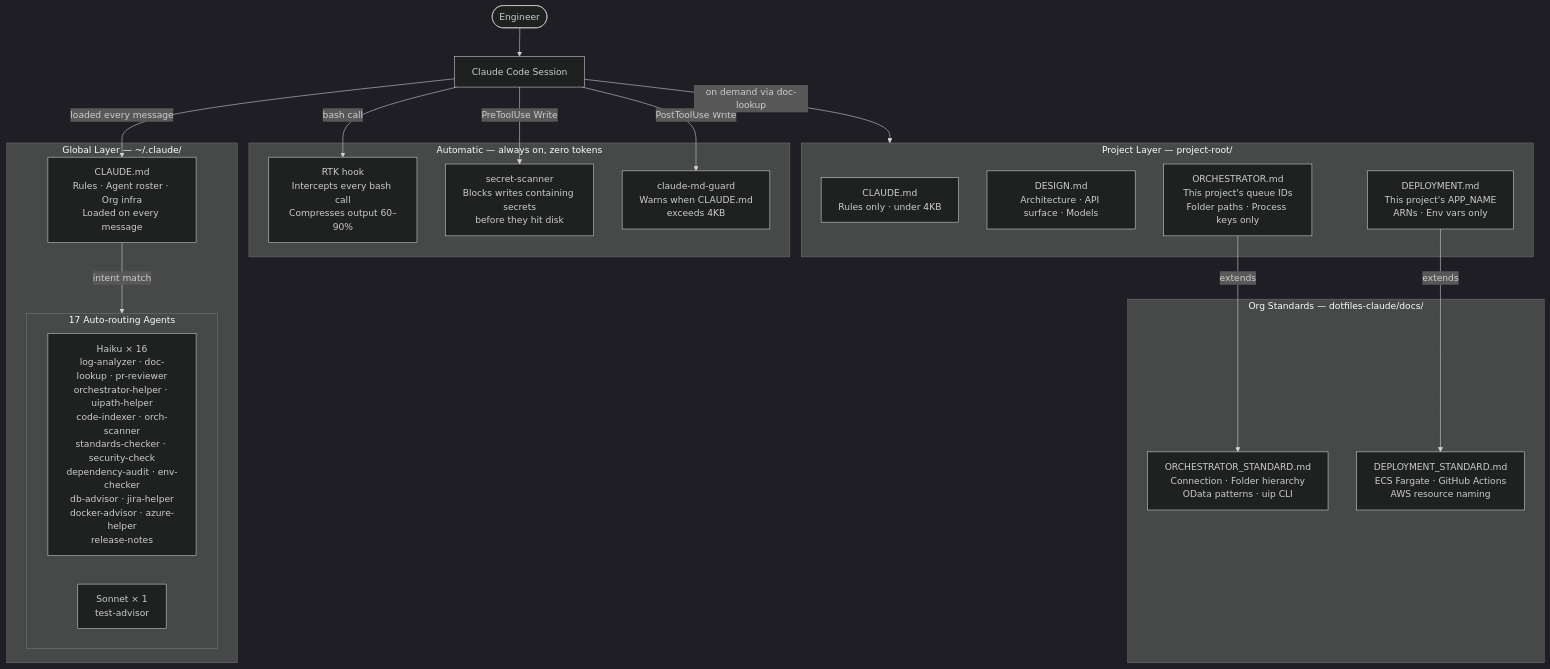
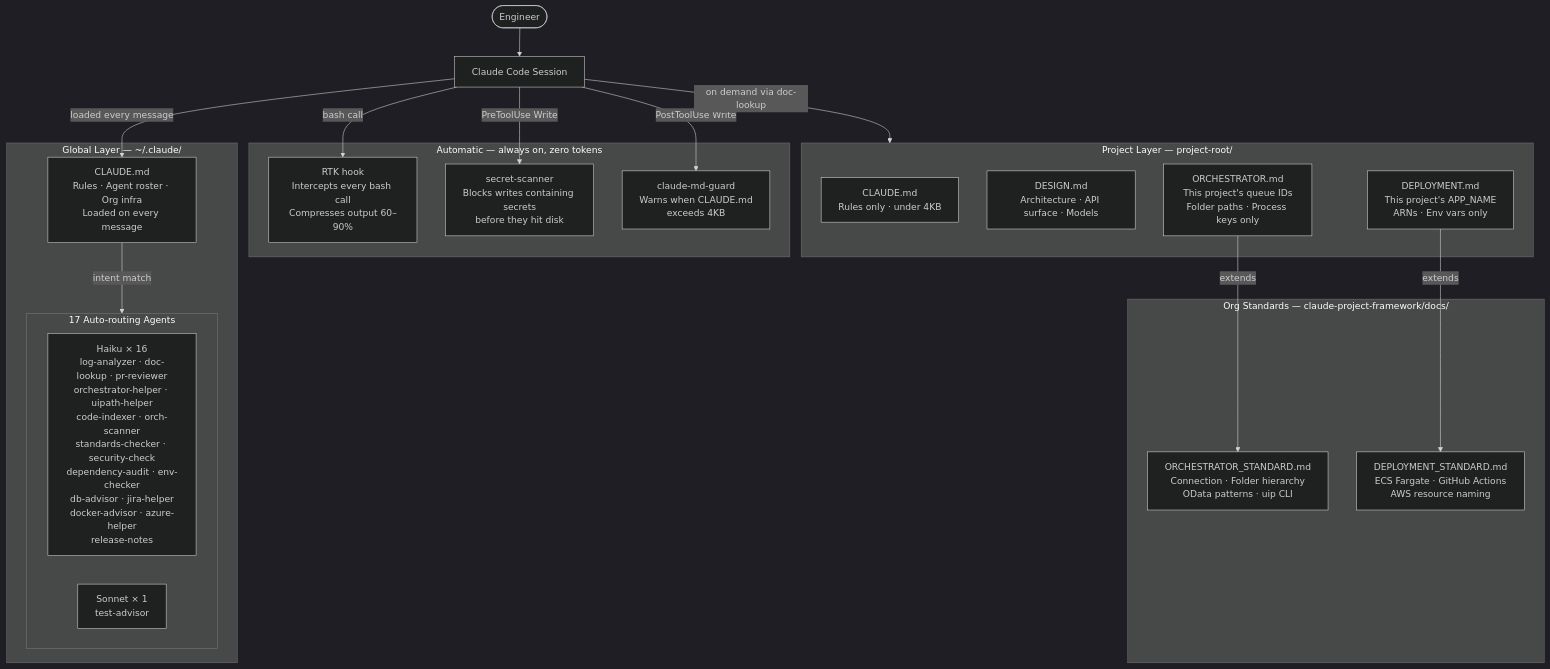
One commit to kakoritz/claude-project-framework changed the diagram in README.md. Above: the diagram before and after it, drawn with Mermaid (dark theme). The commit also changed 12 other files, not shown here.

First line of the commit message:
Rename: dotfiles-claude → claude-project-framework throughout

````diff
--- a/README.md
+++ b/README.md
@@ -13,39 +13,39 @@
 ```mermaid
 flowchart TD
     U([Engineer]) --> CC[Claude Code Session]
 
     subgraph AUTO["Automatic — always on, zero tokens"]
         RTK["RTK hook\nIntercepts every bash call\nCompresses output 60–90%"]
         SS["secret-scanner\nBlocks writes containing secrets\nbefore they hit disk"]
         MG["claude-md-guard\nWarns when CLAUDE.md\nexceeds 4KB"]
     end
 
     subgraph GLOBAL["Global Layer — ~/.claude/"]
         GCM["CLAUDE.md\nRules · Agent roster · Org infra\nLoaded on every message"]
         subgraph AGENTS["17 Auto-routing Agents"]
             HA["Haiku × 16\nlog-analyzer · doc-lookup · pr-reviewer\norchestrator-helper · uipath-helper\ncode-indexer · orch-scanner\nstandards-checker · security-check\ndependency-audit · env-checker\ndb-advisor · jira-helper\ndocker-advisor · azure-helper\nrelease-notes"]
             SA["Sonnet × 1\ntest-advisor"]
         end
     end
 
-    subgraph STANDARDS["Org Standards — dotfiles-claude/docs/"]
+    subgraph STANDARDS["Org Standards — claude-project-framework/docs/"]
         OS["ORCHESTRATOR_STANDARD.md\nConnection · Folder hierarchy\nOData patterns · uip CLI"]
         DS["DEPLOYMENT_STANDARD.md\nECS Fargate · GitHub Actions\nAWS resource naming"]
     end
 
     subgraph PROJECT["Project Layer — project-root/"]
         PCM["CLAUDE.md\nRules only · under 4KB"]
         DES["DESIGN.md\nArchitecture · API surface · Models"]
         ORC["ORCHESTRATOR.md\nThis project's queue IDs\nFolder paths · Process keys only"]
         DEP["DEPLOYMENT.md\nThis project's APP_NAME\nARNs · Env vars only"]
     end
 
     CC -->|"bash call"| RTK
     CC -->|"PreToolUse Write"| SS
     CC -->|"PostToolUse Write"| MG
     CC -->|"loaded every message"| GCM
     GCM -->|"intent match"| AGENTS
     CC -->|"on demand via doc-lookup"| PROJECT
     ORC -->|"extends"| OS
     DEP -->|"extends"| DS
 ```
````
